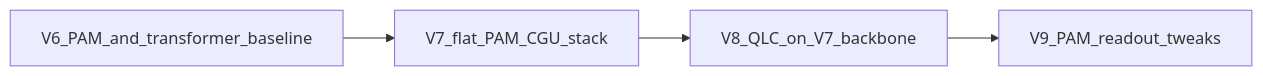
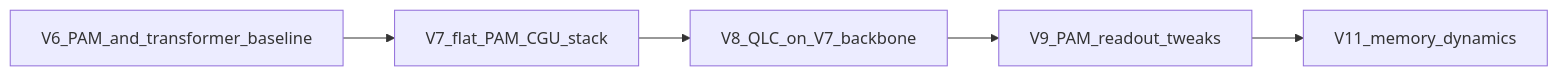
The diagram in EXPERIMENTS_V_6_7_8_9.md (gowrav-vishwakarma/qllm2), drawn with Mermaid before and after one commit. The commit also changed other lines of this file and 2 other files, not shown here.

````diff
--- a/EXPERIMENTS_V_6_7_8_9.md
+++ b/EXPERIMENTS_V_6_7_8_9.md
@@ -41,8 +52,9 @@
 ```mermaid
 flowchart LR
   v6[V6_PAM_and_transformer_baseline]
   v7[V7_flat_PAM_CGU_stack]
   v8[V8_QLC_on_V7_backbone]
   v9[V9_PAM_readout_tweaks]
-  v6 --> v7 --> v8 --> v9
+  v11[V11_memory_dynamics]
+  v6 --> v7 --> v8 --> v9 --> v11
 ```
````
